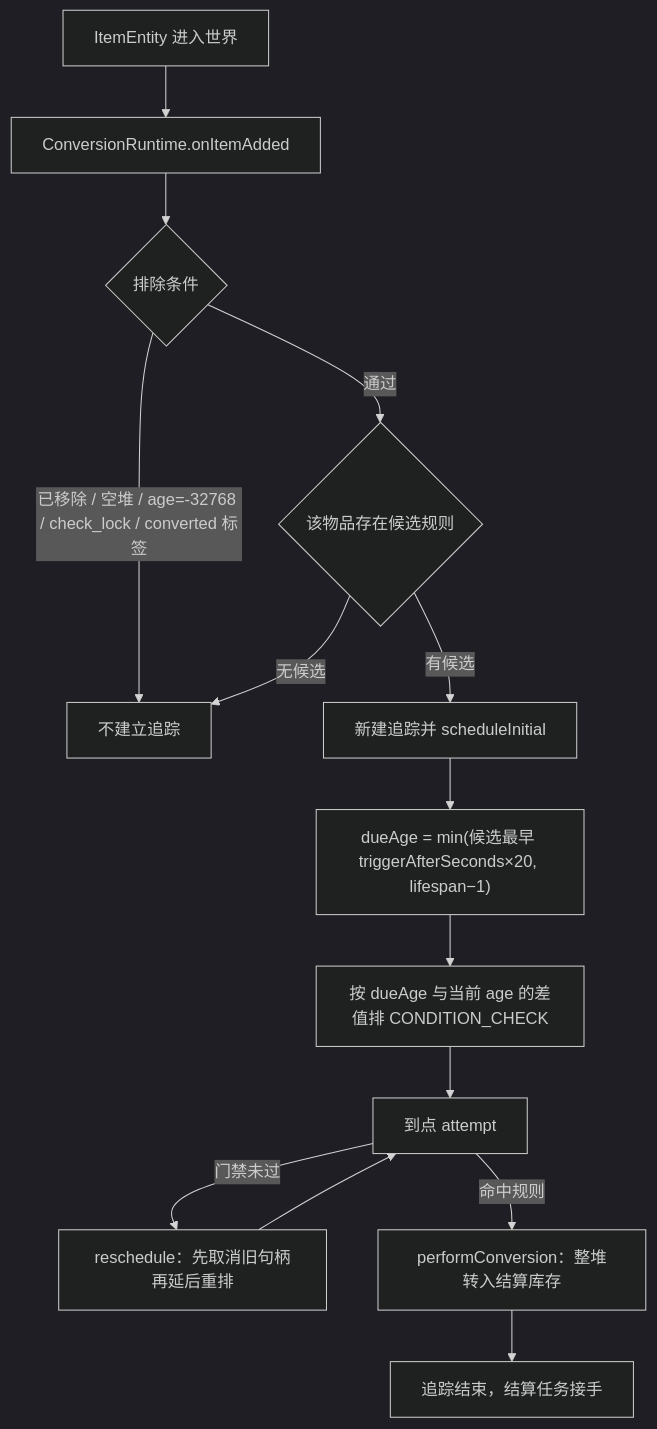
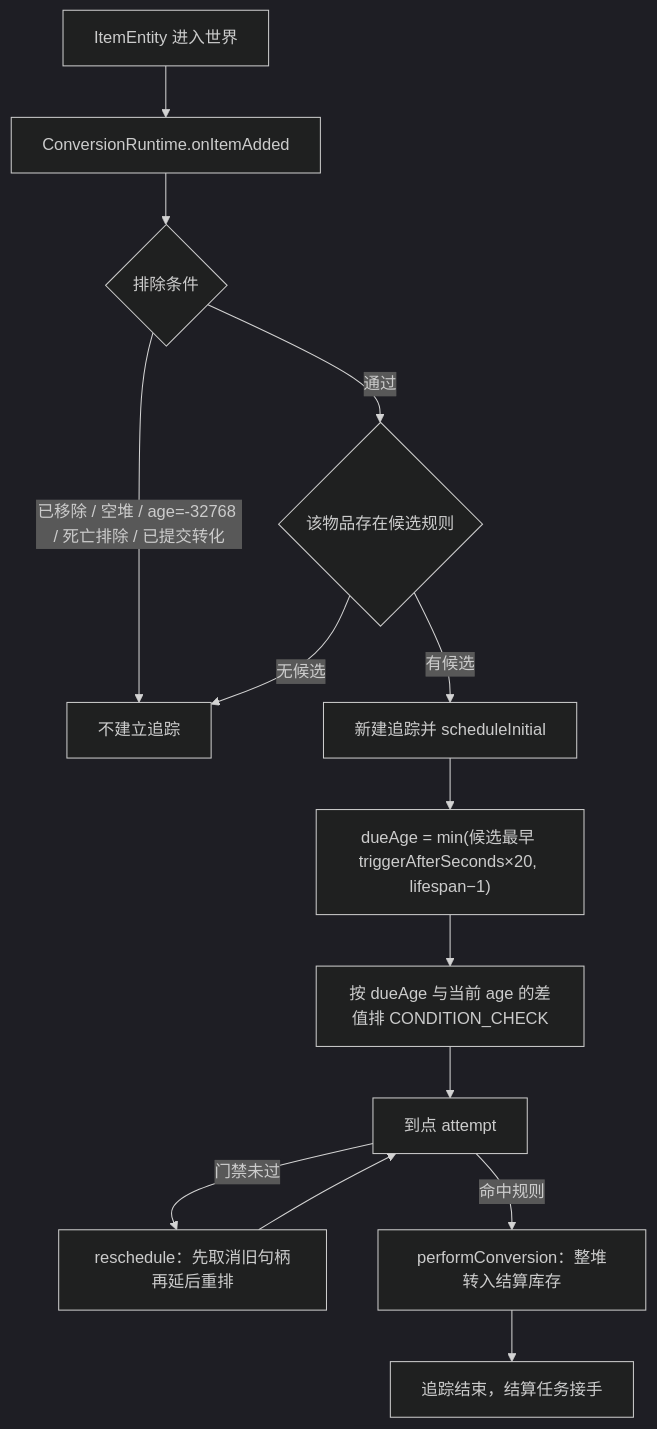
One commit to meteoritel/item-despawn-to-what changed the second of 3 diagrams in docs/modules/conversion-runtime.md. Above: the diagram before and after it, drawn with Mermaid (dark theme). The commit also changed other lines of this file and 24 other files, not shown here.

````diff
--- a/docs/modules/conversion-runtime.md
+++ b/docs/modules/conversion-runtime.md
@@ -98,16 +98,16 @@
 ```mermaid
 flowchart TB
     A["ItemEntity 进入世界"] --> B["ConversionRuntime.onItemAdded"]
     B --> C{"排除条件"}
-    C -->|"已移除 / 空堆 / age=-32768 / check_lock / converted 标签"| X["不建立追踪"]
+    C -->|"已移除 / 空堆 / age=-32768 / 死亡排除 / 已提交转化"| X["不建立追踪"]
     C -->|"通过"| D{"该物品存在候选规则"}
     D -->|"无候选"| X
     D -->|"有候选"| E["新建追踪并 scheduleInitial"]
     E --> F["dueAge = min(候选最早 triggerAfterSeconds×20, lifespan−1)"]
     F --> G["按 dueAge 与当前 age 的差值排 CONDITION_CHECK"]
     G --> H["到点 attempt"]
     H -->|"门禁未过"| I["reschedule：先取消旧句柄再延后重排"]
     I --> H
     H -->|"命中规则"| J["performConversion：整堆转入结算库存"]
     J --> K["追踪结束，结算任务接手"]
 ```
````
